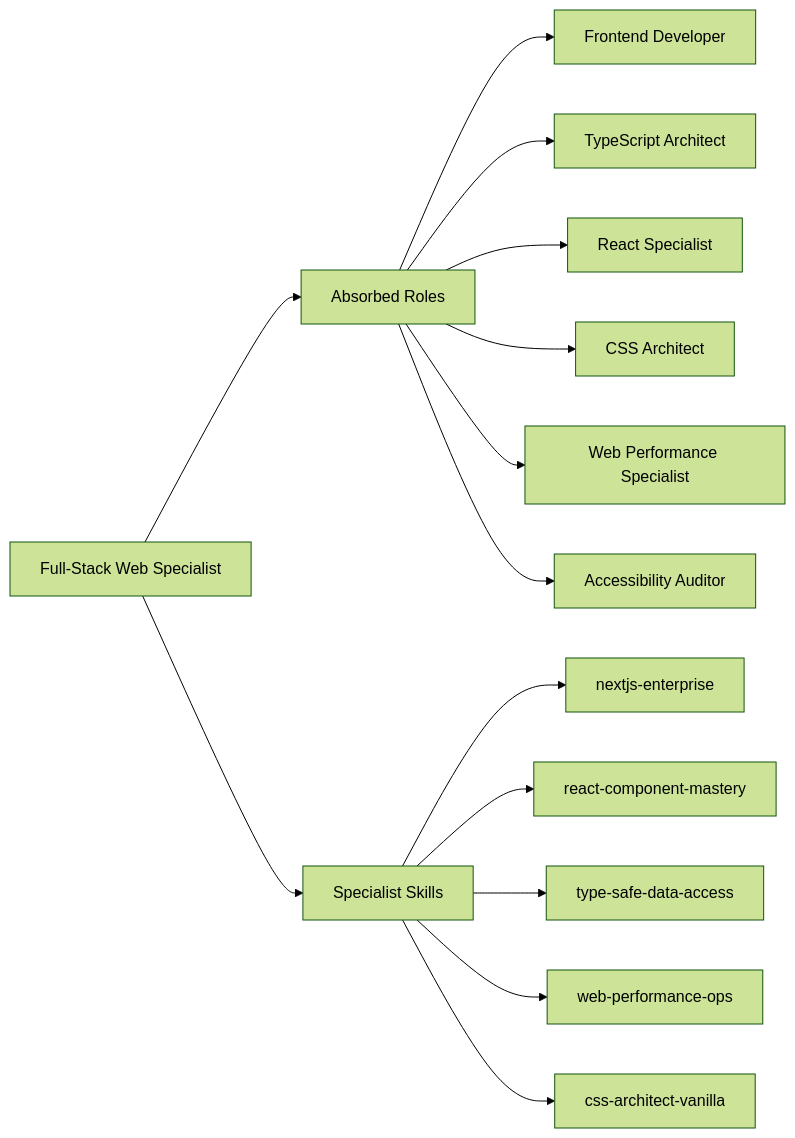
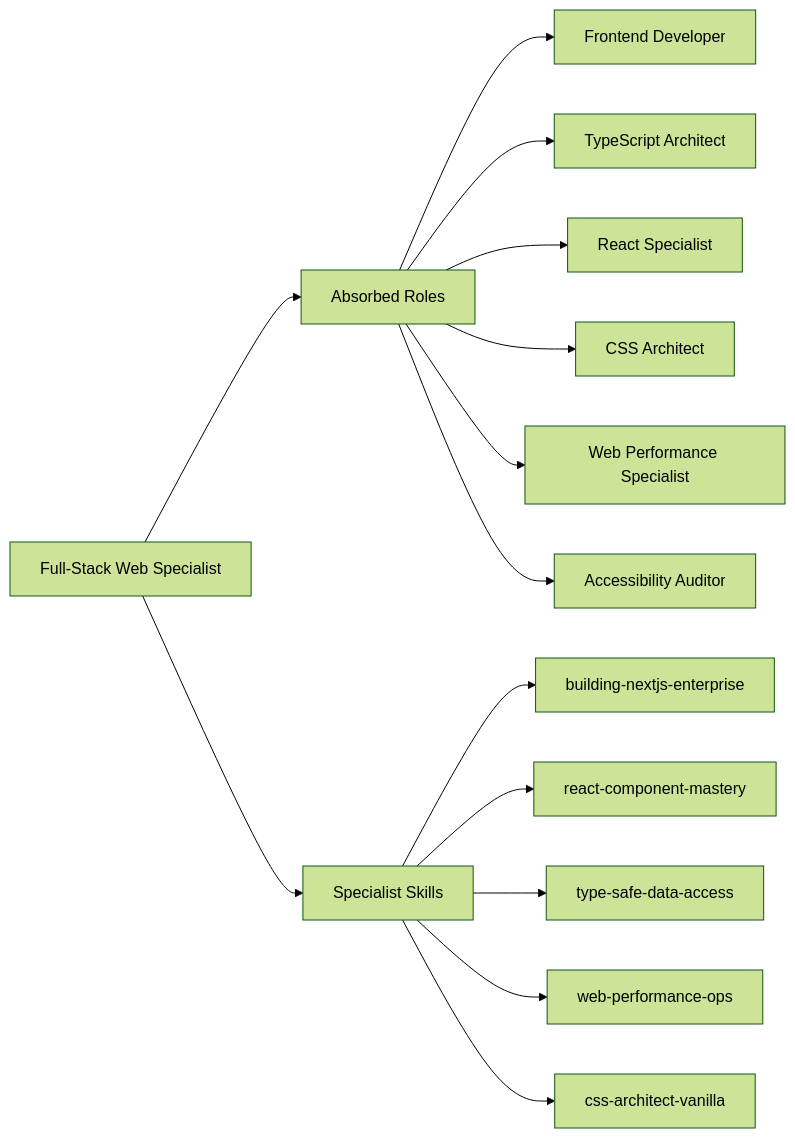
One commit to gitwalter/antigravity-agent-factory changed the diagram in .agent/agents/parallel/full-stack-web-specialist.md. Above: the diagram before and after it, drawn with Mermaid (forest theme). The commit also changed other lines of this file and 950 other files, not shown here.

First line of the commit message:
refactor(skills): mass schema injection and participle renaming (AGENT-35)

````diff
--- a/.agent/agents/parallel/full-stack-web-specialist.md
+++ b/.agent/agents/parallel/full-stack-web-specialist.md
@@ -10,18 +24,18 @@
 ```mermaid
 graph LR
     Agent["Full-Stack Web Specialist"]
     Agent --> Roles["Absorbed Roles"]
     Roles --> R1["Frontend Developer"]
     Roles --> R2["TypeScript Architect"]
     Roles --> R3["React Specialist"]
     Roles --> R4["CSS Architect"]
     Roles --> R5["Web Performance Specialist"]
     Roles --> R6["Accessibility Auditor"]
 
     Agent --> Skills["Specialist Skills"]
-    Skills --> S1["nextjs-enterprise"]
+    Skills --> S1["building-nextjs-enterprise"]
     Skills --> S2["react-component-mastery"]
     Skills --> S3["type-safe-data-access"]
     Skills --> S4["web-performance-ops"]
     Skills --> S5["css-architect-vanilla"]
 ```
````
